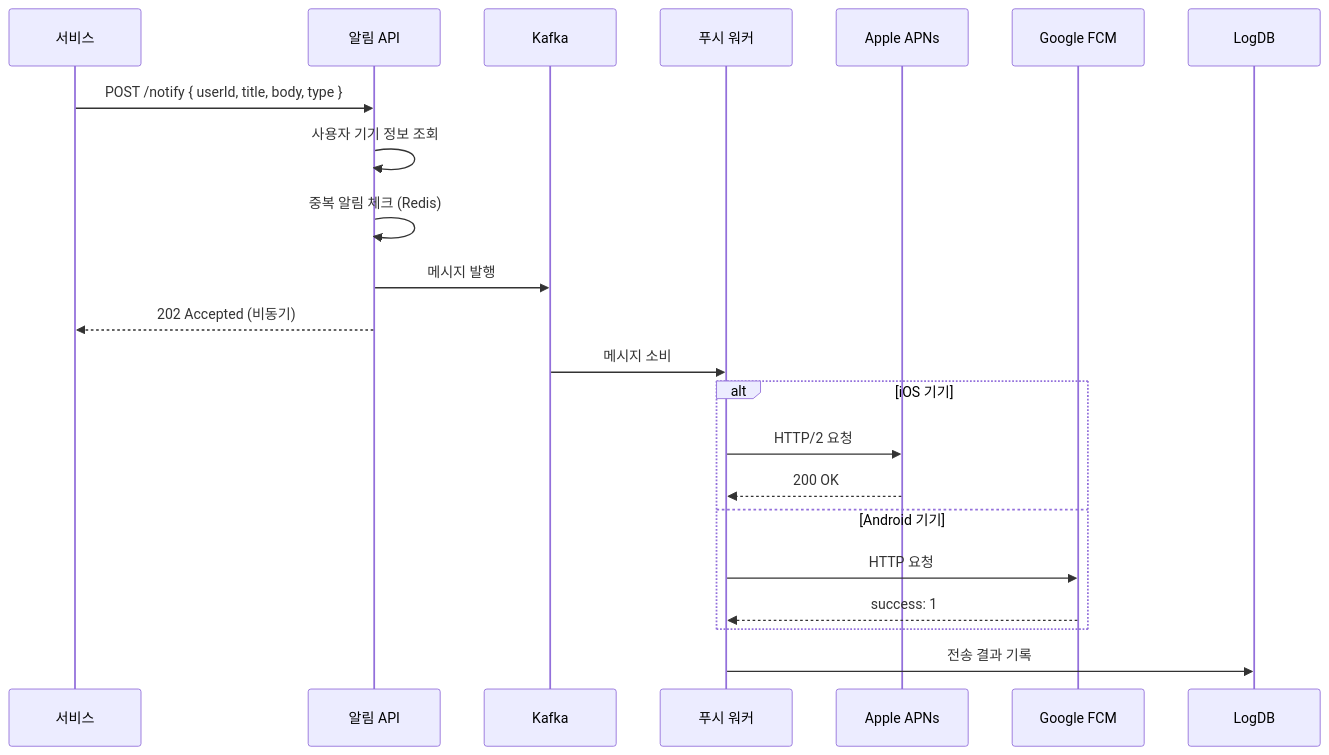
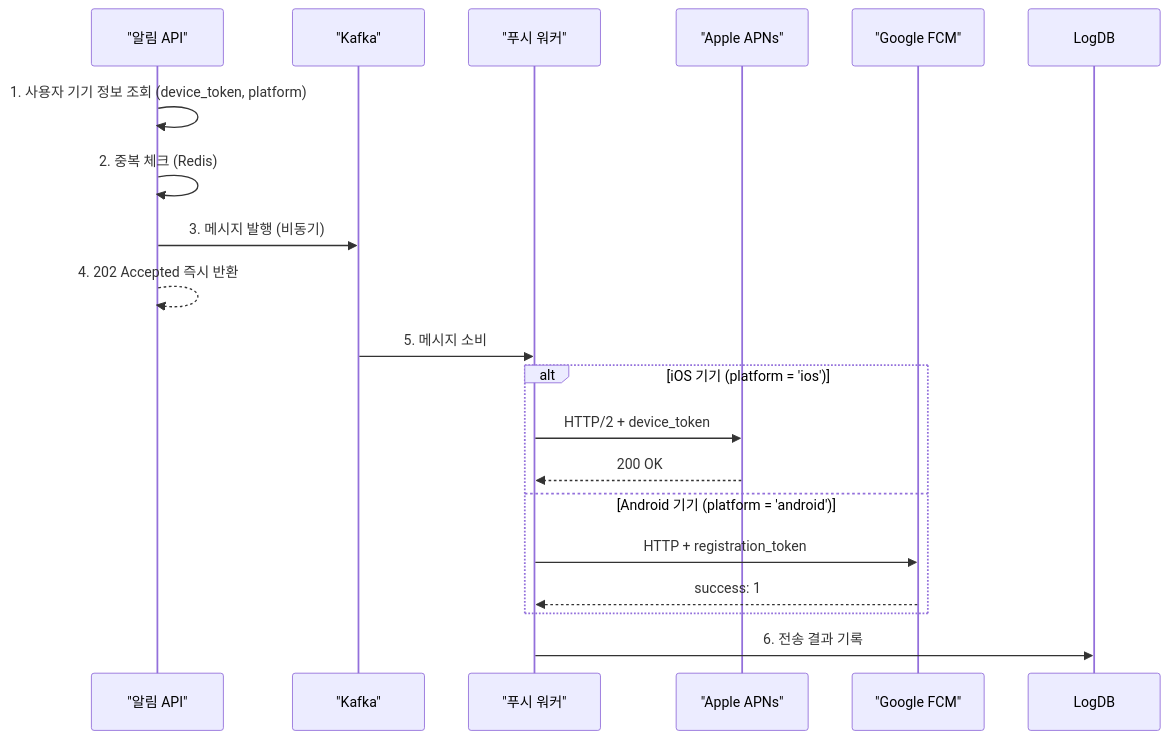
Before and after one commit to yjkim2015/yjkim2015.github.io: the second of 6 diagrams in _posts/systemdesign/2026-05-02-system-design-notification.md, drawn with Mermaid. The commit also changed other lines of this file and 122 other files, not shown here.

````diff
--- a/_posts/systemdesign/2026-05-02-system-design-notification.md
+++ b/_posts/systemdesign/2026-05-02-system-design-notification.md
@@ -91,27 +90,23 @@
 ```mermaid
 sequenceDiagram
-    participant App as 서비스
-    participant API as 알림 API
-    participant Kafka as Kafka
-    participant Worker as 푸시 워커
-    participant APNs as Apple APNs
-    participant FCM as Google FCM
+    participant API as "알림 API"
+    participant Kafka as "Kafka"
+    participant Worker as "푸시 워커"
+    participant APNs as "Apple APNs"
+    participant FCM as "Google FCM"
 
-    App->>API: POST /notify { userId, title, body, type }
-    API->>API: 사용자 기기 정보 조회
-    API->>API: 중복 알림 체크 (Redis)
-    API->>Kafka: 메시지 발행
-    API-->>App: 202 Accepted (비동기)
+    API->>API: 1. 사용자 기기 정보 조회 (device_token, platform)
+    API->>API: 2. 중복 체크 (Redis)
+    API->>Kafka: 3. 메시지 발행 (비동기)
+    API-->>API: 4. 202 Accepted 즉시 반환
 
-    Kafka->>Worker: 메시지 소비
-
-    alt iOS 기기
-        Worker->>APNs: HTTP/2 요청
+    Kafka->>Worker: 5. 메시지 소비
+    alt iOS 기기 (platform = 'ios')
+        Worker->>APNs: HTTP/2 + device_token
         APNs-->>Worker: 200 OK
-    else Android 기기
-        Worker->>FCM: HTTP 요청
+    else Android 기기 (platform = 'android')
+        Worker->>FCM: HTTP + registration_token
         FCM-->>Worker: success: 1
     end
-
-    Worker->>LogDB: 전송 결과 기록
+    Worker->>LogDB: 6. 전송 결과 기록
 ```
````
